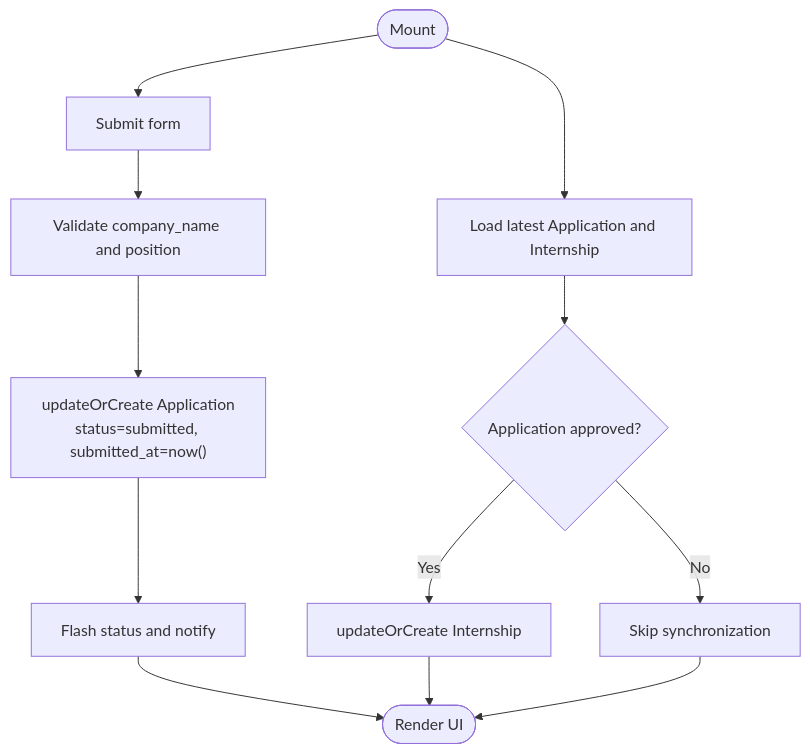
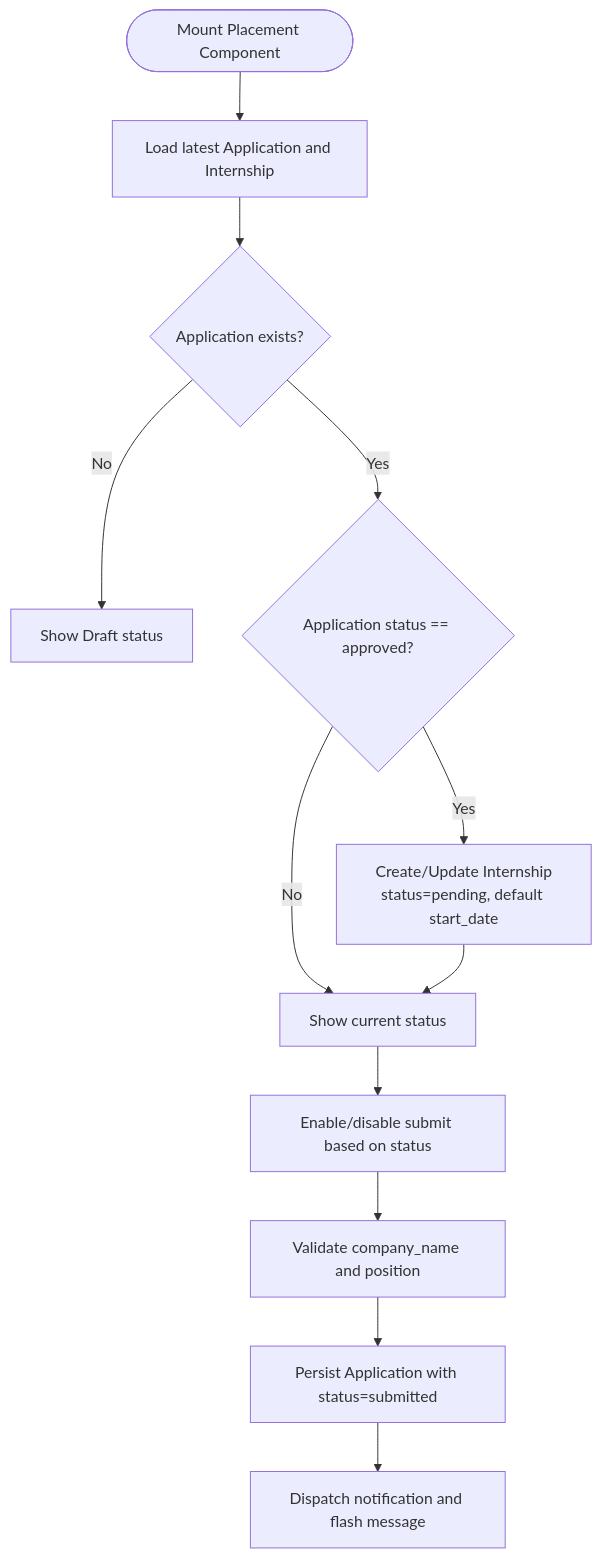
The third of 8 diagrams in .qoder/repowiki/en/content/Core Modules/Student Module/Placement Workflow.md (puromed/internims), drawn with Mermaid before and after one commit. The commit also changed other lines of this file and 51 other files, not shown here.

````diff
--- a/.qoder/repowiki/en/content/Core Modules/Student Module/Placement Workflow.md
+++ b/.qoder/repowiki/en/content/Core Modules/Student Module/Placement Workflow.md
@@ -151,14 +164,14 @@
 ```mermaid
 flowchart TD
-Start(["Mount"]) --> Load["Load latest Application and Internship"]
-Load --> DecideSync{"Application approved?"}
-DecideSync --> |Yes| Sync["updateOrCreate Internship"]
-DecideSync --> |No| Skip["Skip synchronization"]
-Start --> Submit["Submit form"]
-Submit --> Validate["Validate company_name and position"]
-Validate --> UpsertApp["updateOrCreate Application<br/>status=submitted, submitted_at=now()"]
-UpsertApp --> Notify["Flash status and notify"]
-Notify --> End(["Render UI"])
-Sync --> End
-Skip --> End
+Start(["Mount Placement Component"]) --> LoadLatest["Load latest Application and Internship"]
+LoadLatest --> HasApplication{"Application exists?"}
+HasApplication --> |No| ShowDraft["Show Draft status"]
+HasApplication --> |Yes| CheckStatus{"Application status == approved?"}
+CheckStatus --> |No| ShowStatus["Show current status"]
+CheckStatus --> |Yes| CreateOrUpdate["Create/Update Internship<br/>status=pending, default start_date"]
+CreateOrUpdate --> ShowStatus
+ShowStatus --> SubmitForm["Enable/disable submit based on status"]
+SubmitForm --> Validate["Validate company_name and position"]
+Validate --> Persist["Persist Application with status=submitted"]
+Persist --> Notify["Dispatch notification and flash message"]
 ```
````
